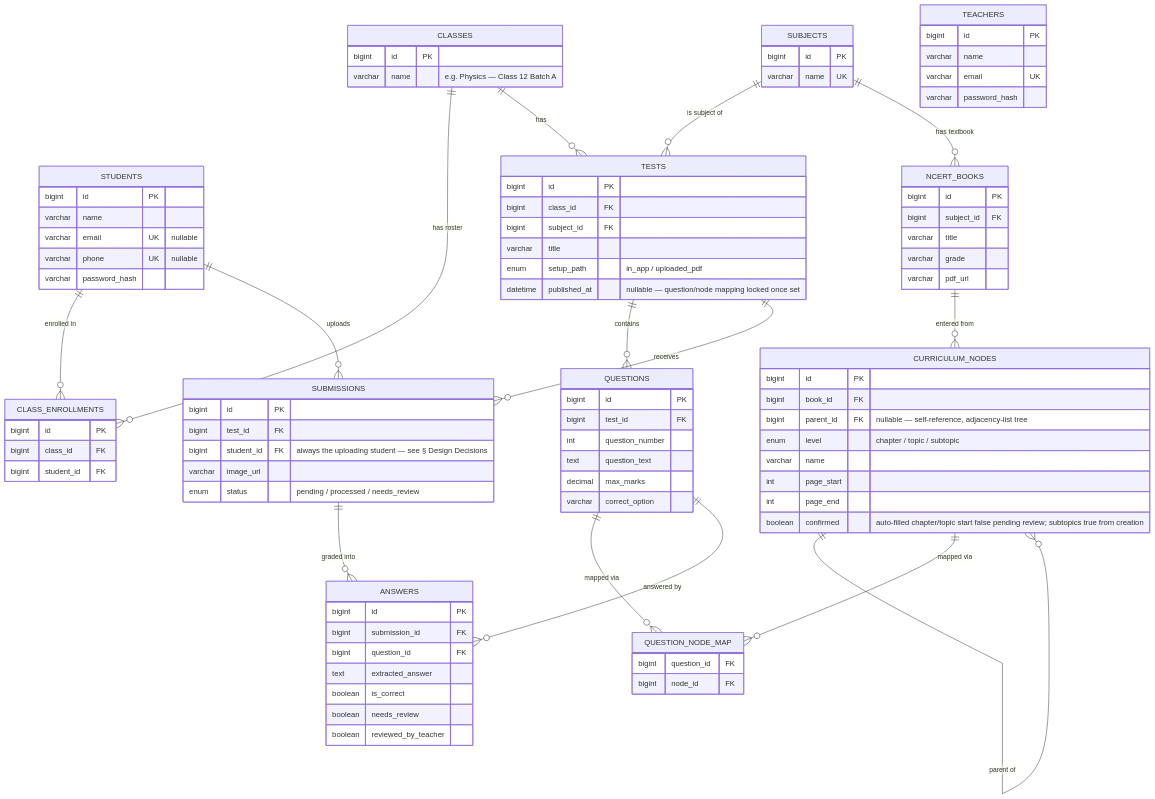
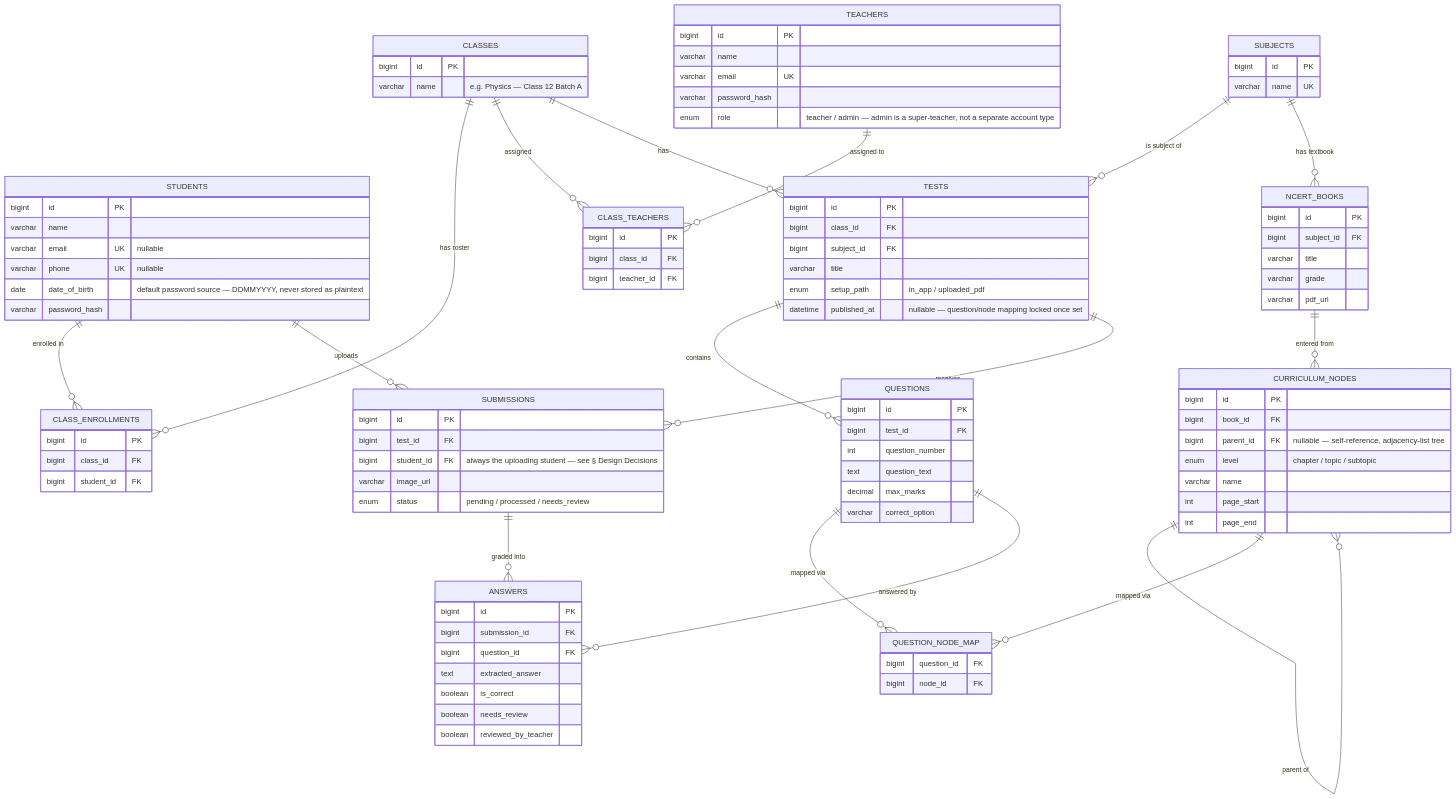
One commit to aaryashah1010/LearningManagement changed the diagram in docs/backend/database-design.md. Above: the diagram before and after it, drawn with Mermaid. The commit also changed other lines of this file and 22 other files, not shown here.

First line of the commit message:
Add admin role with class-scoped teacher access, DOB-based student passwords

```diff
--- a/docs/backend/database-design.md
+++ b/docs/backend/database-design.md
@@ -12,6 +12,8 @@
 erDiagram
     CLASSES ||--o{ CLASS_ENROLLMENTS : "has roster"
     STUDENTS ||--o{ CLASS_ENROLLMENTS : "enrolled in"
+    CLASSES ||--o{ CLASS_TEACHERS : "assigned"
+    TEACHERS ||--o{ CLASS_TEACHERS : "assigned to"
     CLASSES ||--o{ TESTS : "has"
     SUBJECTS ||--o{ TESTS : "is subject of"
     SUBJECTS ||--o{ NCERT_BOOKS : "has textbook"
@@ -30,6 +32,7 @@
         varchar name
         varchar email UK
         varchar password_hash
+        enum role "teacher / admin — admin is a super-teacher, not a separate account type"
     }
 
     STUDENTS {
@@ -37,6 +40,7 @@
         varchar name
         varchar email UK "nullable"
         varchar phone UK "nullable"
+        date date_of_birth "default password source — DDMMYYYY, never stored as plaintext"
         varchar password_hash
     }
 
@@ -49,6 +53,12 @@
         bigint id PK
         bigint class_id FK
         bigint student_id FK
+    }
+
+    CLASS_TEACHERS {
+        bigint id PK
+        bigint class_id FK
+        bigint teacher_id FK
     }
 
     SUBJECTS {
@@ -72,7 +82,6 @@
         varchar name
         int page_start
         int page_end
-        boolean confirmed "auto-filled chapter/topic start false pending review; subtopics true from creation"
     }
 
     TESTS {
```
